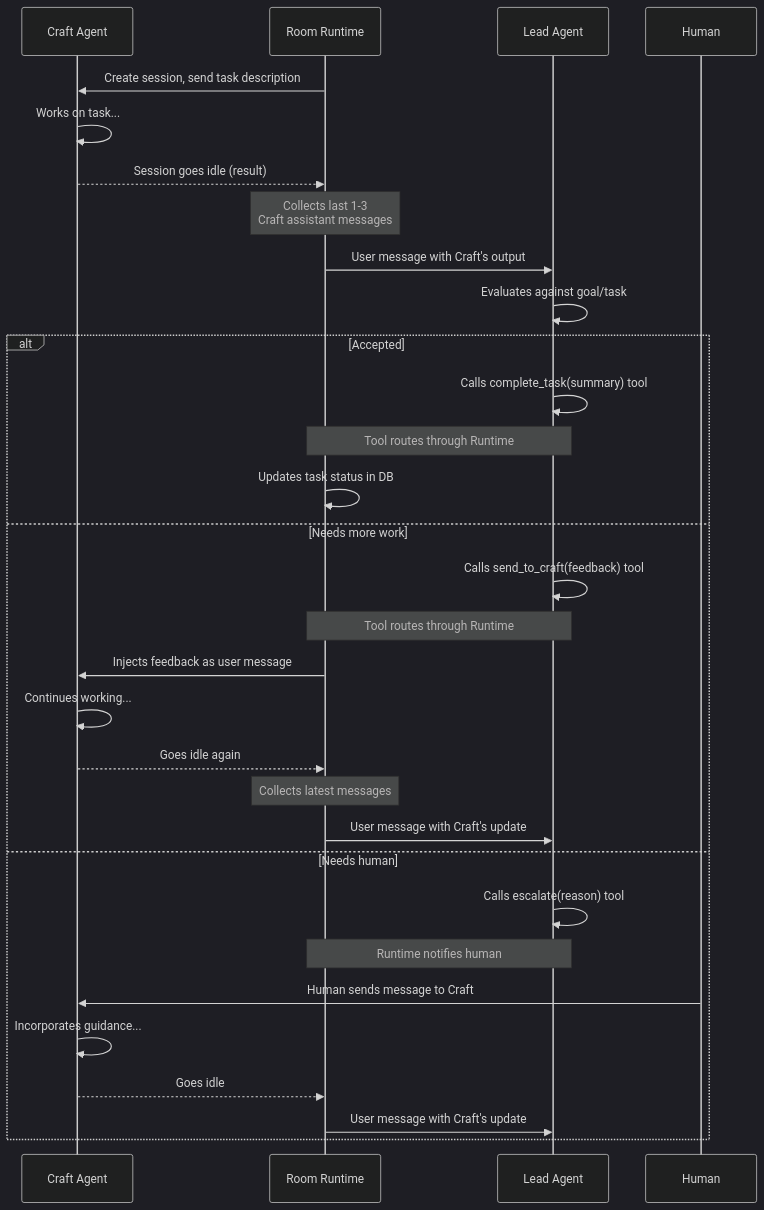
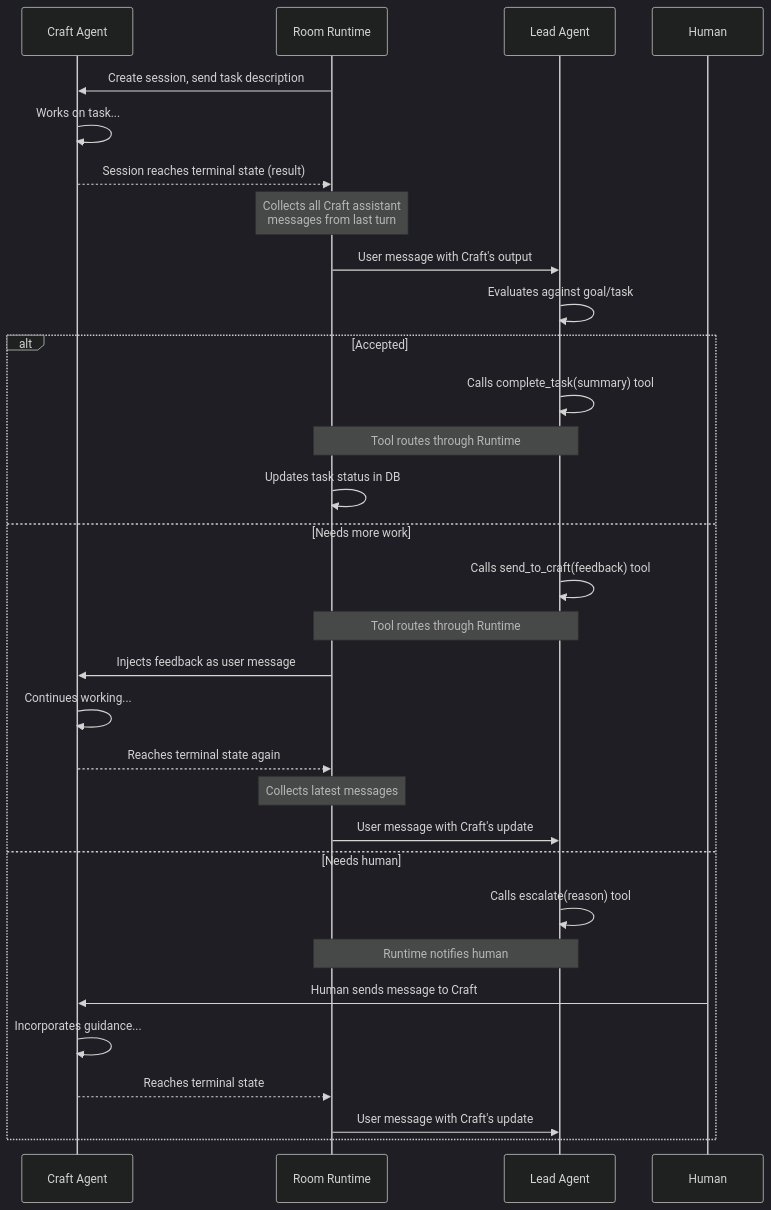
The third of 7 diagrams in docs/design/room-runtime-spec.md (lsm/neokai), drawn with Mermaid (dark theme) before and after one commit. The commit also changed other lines of this file, not shown here.

````diff
--- a/docs/design/room-runtime-spec.md
+++ b/docs/design/room-runtime-spec.md
@@ -88,35 +88,35 @@
 ```mermaid
 sequenceDiagram
     participant C as Craft Agent
     participant RT as Room Runtime
     participant L as Lead Agent
     participant H as Human
 
     RT->>C: Create session, send task description
     C->>C: Works on task...
-    C-->>RT: Session goes idle (result)
-    Note over RT: Collects last 1-3<br/>Craft assistant messages
+    C-->>RT: Session reaches terminal state (result)
+    Note over RT: Collects all Craft assistant<br/>messages from last turn
     RT->>L: User message with Craft's output
     L->>L: Evaluates against goal/task
 
     alt Accepted
         L->>L: Calls complete_task(summary) tool
         Note over L,RT: Tool routes through Runtime
         RT->>RT: Updates task status in DB
     else Needs more work
         L->>L: Calls send_to_craft(feedback) tool
         Note over L,RT: Tool routes through Runtime
         RT->>C: Injects feedback as user message
         C->>C: Continues working...
-        C-->>RT: Goes idle again
+        C-->>RT: Reaches terminal state again
         Note over RT: Collects latest messages
         RT->>L: User message with Craft's update
     else Needs human
         L->>L: Calls escalate(reason) tool
         Note over L,RT: Runtime notifies human
         H->>C: Human sends message to Craft
         C->>C: Incorporates guidance...
-        C-->>RT: Goes idle
+        C-->>RT: Reaches terminal state
         RT->>L: User message with Craft's update
     end
 ```
````
